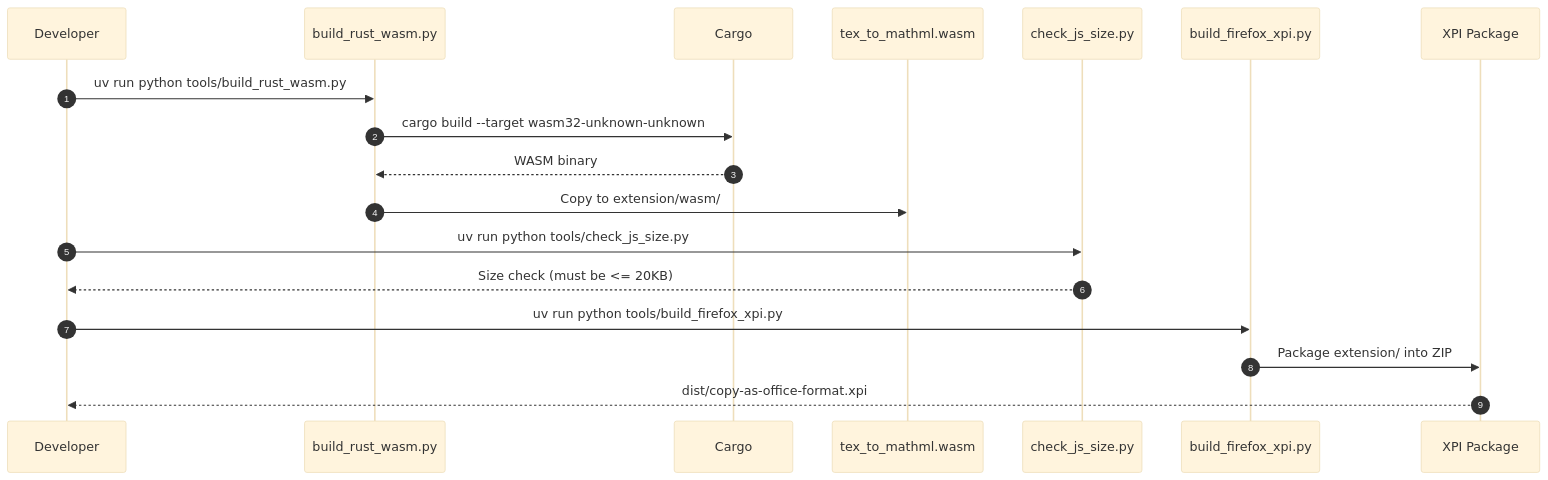
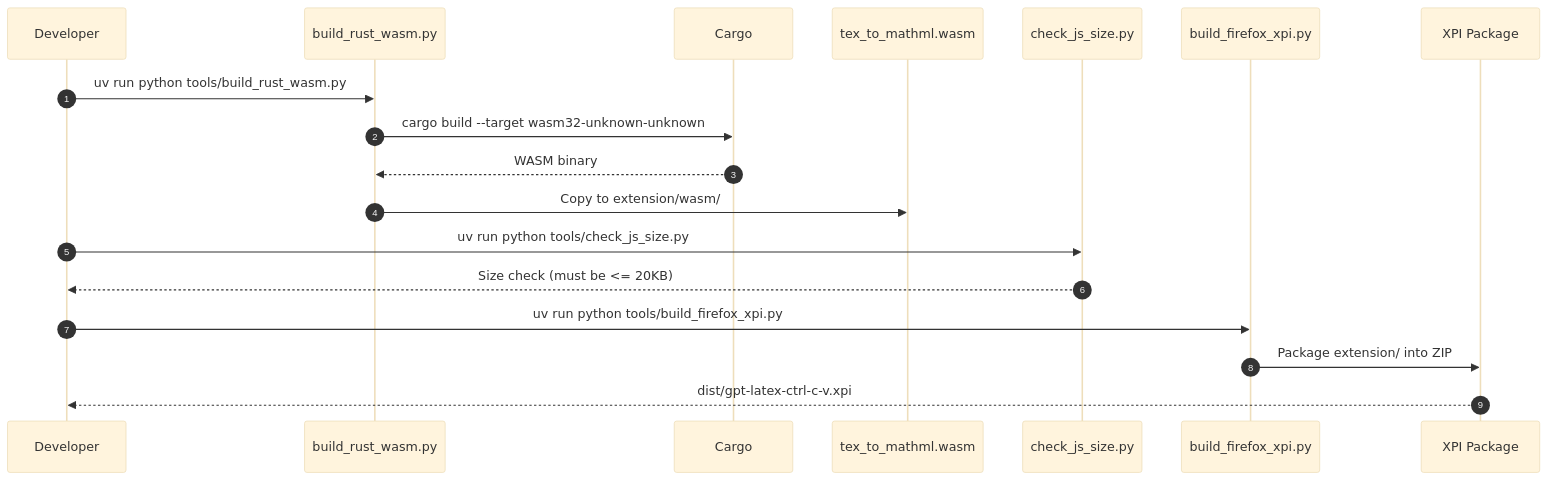
One commit to AlHeloween/gpt-latex-ctrl-c-v changed the fifth of 7 diagrams in diagram.md. Above: the diagram before and after it, drawn with Mermaid (base theme). The commit also changed other lines of this file and 14 other files, not shown here.

````diff
--- a/diagram.md
+++ b/diagram.md
@@ -141,21 +141,21 @@
 ```mermaid
 sequenceDiagram
   autonumber
   participant Dev as Developer
   participant BRW as build_rust_wasm.py
   participant Cargo as Cargo
   participant WASM as tex_to_mathml.wasm
   participant CJS as check_js_size.py
   participant BFX as build_firefox_xpi.py
   participant XPI as XPI Package
 
   Dev->>BRW: uv run python tools/build_rust_wasm.py
   BRW->>Cargo: cargo build --target wasm32-unknown-unknown
   Cargo-->>BRW: WASM binary
   BRW->>WASM: Copy to extension/wasm/
   Dev->>CJS: uv run python tools/check_js_size.py
   CJS-->>Dev: Size check (must be <= 20KB)
   Dev->>BFX: uv run python tools/build_firefox_xpi.py
   BFX->>XPI: Package extension/ into ZIP
-  XPI-->>Dev: dist/copy-as-office-format.xpi
+  XPI-->>Dev: dist/gpt-latex-ctrl-c-v.xpi
 ```
````
